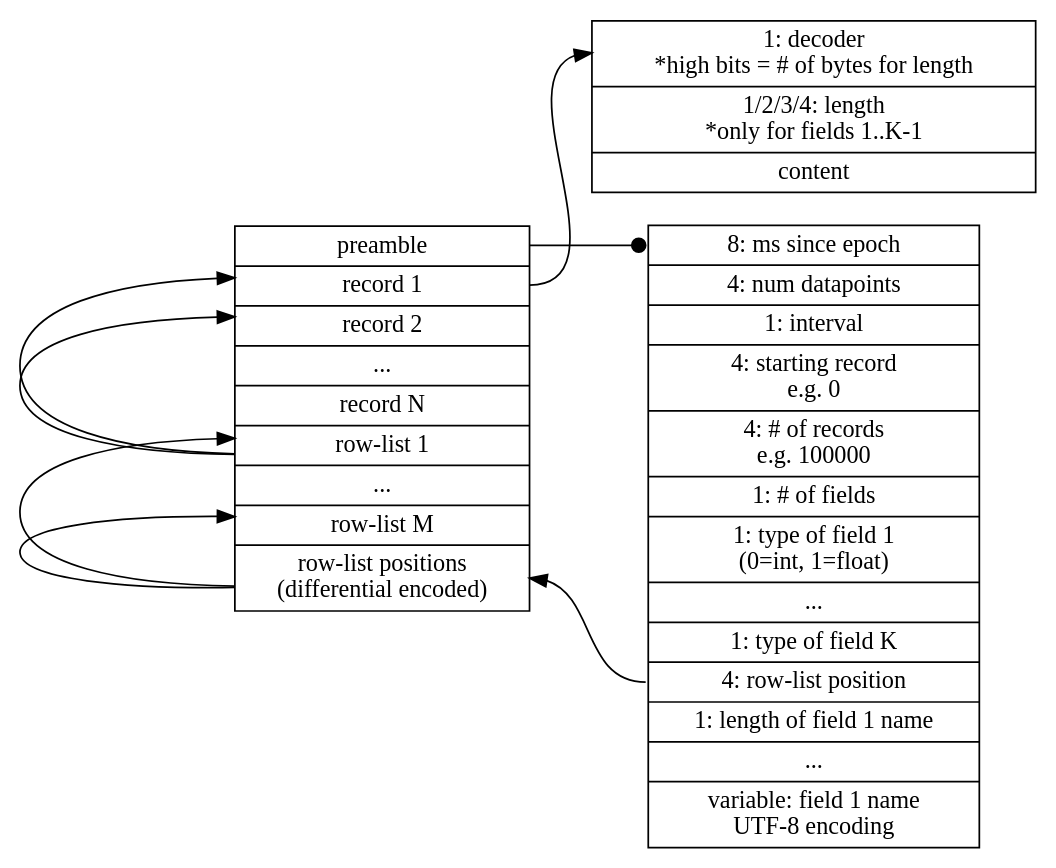
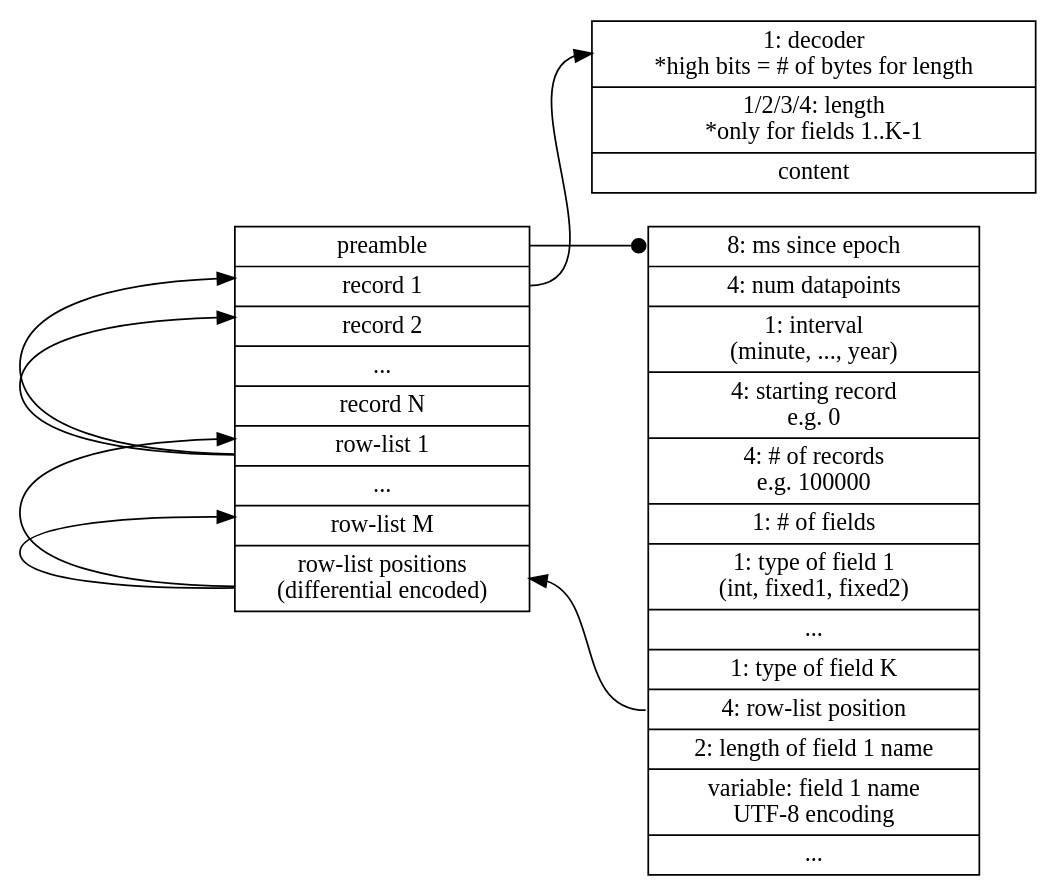
Before and after one commit to cldellow/manu: the diagram in format/format.dot, drawn with Graphviz. The commit also changed 8 other files, not shown here.

```diff
--- a/format/format.dot
+++ b/format/format.dot
@@ -1,47 +1,47 @@
 digraph structs {
   node [shape=record];
   rankdir=LR;
 
   composite [ label ="<preamble> preamble |
   <record1> record 1 |
   <record2> record 2 |
   ... |
   record N |
   <rowlist1> row-list 1 |
   ... |
   <rowlistm> row-list M |
   <rowlistpos> row-list positions\n(differential encoded)
 
   " ];
 
   preamble [ label="<epoch> 8: ms since epoch |
   4: num datapoints |
-  1: interval |
+  1: interval\n(minute, ..., year) |
   4: starting record\ne.g. 0 |
   4: # of records\ne.g. 100000 |
   1: # of fields |
-  1: type of field 1\n(0=int, 1=float) |
+  1: type of field 1\n(int, fixed1, fixed2) |
   ... |
   1: type of field K |
   <rowlistpos> 4: row-list position |
-  1: length of field 1 name |
-  ... |
-  variable: field 1 name\nUTF-8 encoding
+  2: length of field 1 name |
+  variable: field 1 name\nUTF-8 encoding |
+  ...
   " ];
 
   record [ label = "<decoder>1: decoder\n*high bits = # of bytes for length |
   1/2/3/4: length\n*only for fields 1..K-1 |
   content
   " ];
 
   composite:preamble -> preamble:epoch [arrowhead=dot];
 
   preamble:rowlistpos -> composite:rowlistpos;
 
   composite:rowlistpos -> composite:rowlist1;
   composite:rowlistpos -> composite:rowlistm;
 
   composite:record1 -> record:decoder;
   composite:rowlist1 -> composite:record1;
   composite:rowlist1 -> composite:record2;
 }
```
